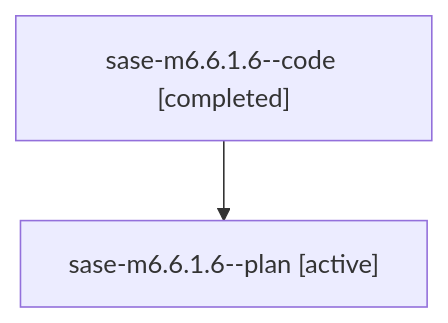
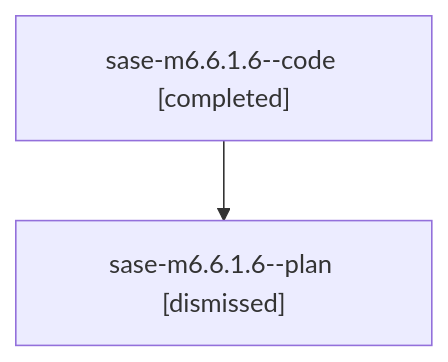
One commit to sase-org/sase--agents changed the diagram in sessions/bbugyi200.athena.sase-m6.6.1.6.md. Above: the diagram before and after it, drawn with Mermaid. The commit also changed other lines of this file and 187 other files, not shown here.

````diff
--- a/sessions/bbugyi200.athena.sase-m6.6.1.6.md
+++ b/sessions/bbugyi200.athena.sase-m6.6.1.6.md
@@ -9,6 +9,6 @@
 ```mermaid
 flowchart TD
   n0["sase-m6.6.1.6--code [completed]"]
-  n1["sase-m6.6.1.6--plan [active]"]
+  n1["sase-m6.6.1.6--plan [dismissed]"]
   n0 --> n1
 ```
````
